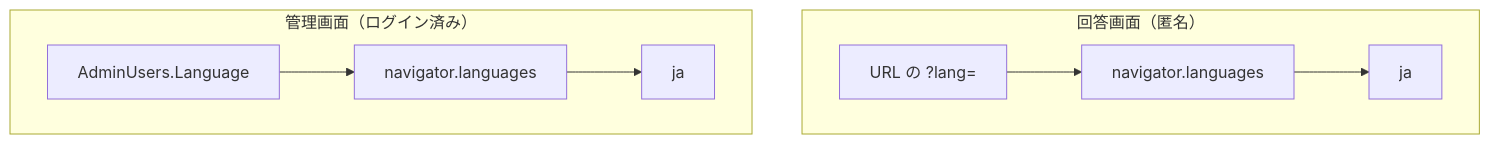
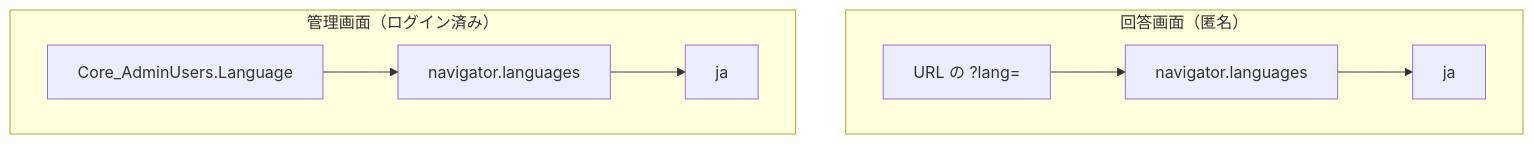
The diagram in _documents/多言語対応方針.md (vehiclevisionjp/VehicleVision.PleasanterTools.Questionnaire), drawn with Mermaid before and after one commit. The commit also changed other lines of this file and 65 other files, not shown here.

````diff
--- a/_documents/多言語対応方針.md
+++ b/_documents/多言語対応方針.md
@@ -51,9 +51,9 @@
 ```mermaid
 flowchart TD
     subgraph ANSWER["回答画面（匿名）"]
         A1["URL の ?lang="] --> A2["navigator.languages"] --> A3["ja"]
     end
     subgraph ADMIN["管理画面（ログイン済み）"]
-        B1["AdminUsers.Language"] --> B2["navigator.languages"] --> B3["ja"]
+        B1["Core_AdminUsers.Language"] --> B2["navigator.languages"] --> B3["ja"]
     end
 ```
````
